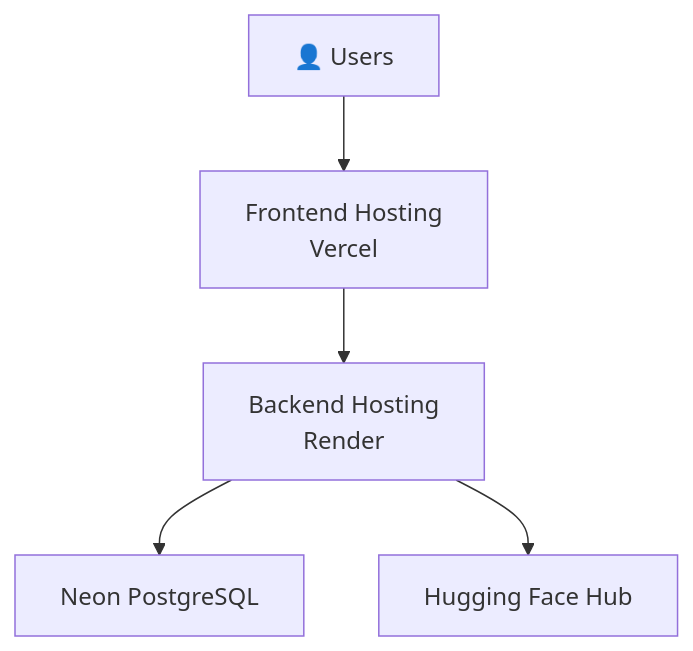
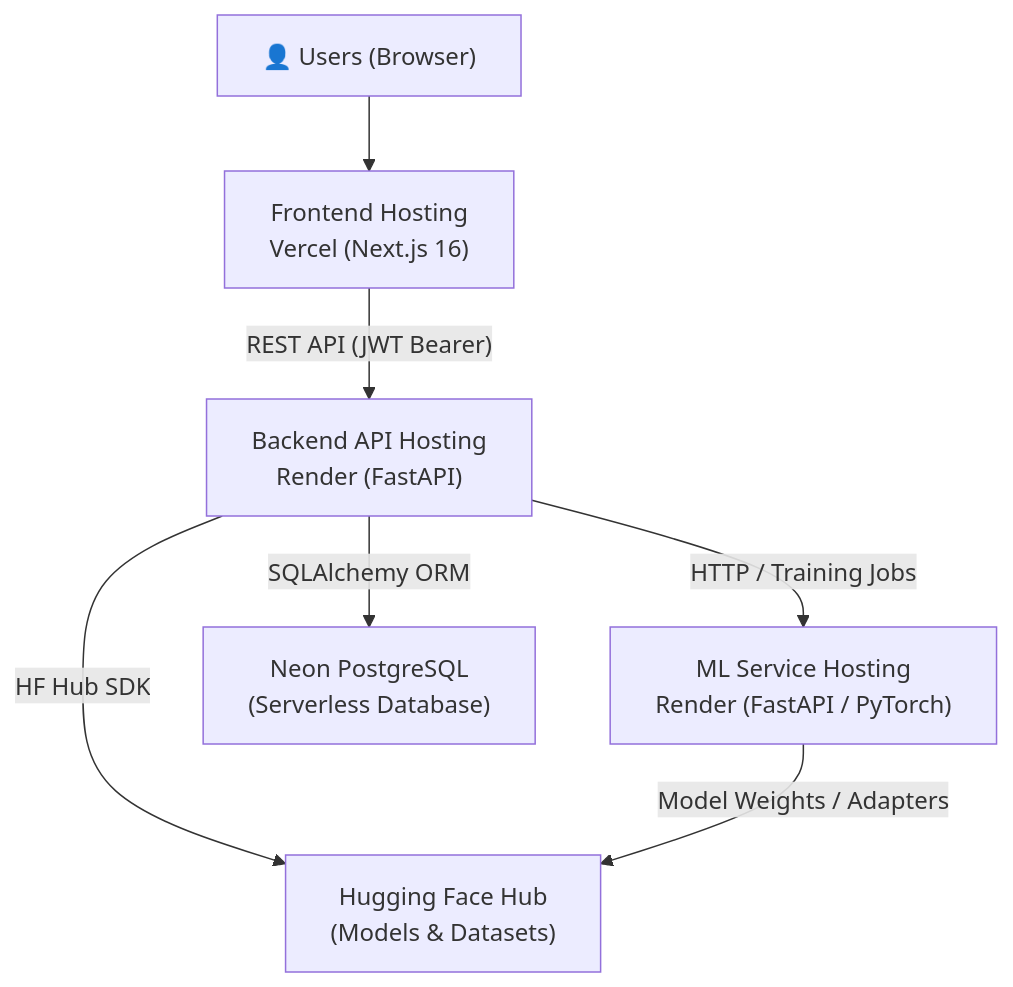
The eighth of 8 diagrams in README.md (ankush0710/hdfc-custom-llm-dev-pipeline), drawn with Mermaid before and after one commit. The commit also changed other lines of this file and 6 other files, not shown here.

Commit message:
docs: update architecture, deployment, CORS, and API specifications to reflect current implementation

````diff
--- a/README.md
+++ b/README.md
@@ -800,21 +800,22 @@
 ```mermaid
 flowchart TB
 
-    User["👤 Users"]
+    User["👤 Users (Browser)"]
 
-    Vercel["Frontend Hosting<br/>Vercel"]
+    Vercel["Frontend Hosting<br/>Vercel (Next.js 16)"]
 
-    Render["Backend Hosting<br/>Render"]
+    RenderBackend["Backend API Hosting<br/>Render (FastAPI)"]
 
-    Neon["Neon PostgreSQL"]
+    RenderML["ML Service Hosting<br/>Render (FastAPI / PyTorch)"]
 
-    HF["Hugging Face Hub"]
+    Neon["Neon PostgreSQL<br/>(Serverless Database)"]
+
+    HF["Hugging Face Hub<br/>(Models & Datasets)"]
 
     User --> Vercel
-
-    Vercel --> Render
-
-    Render --> Neon
-
-    Render --> HF
+    Vercel -->|"REST API (JWT Bearer)"| RenderBackend
+    RenderBackend -->|"SQLAlchemy ORM"| Neon
+    RenderBackend -->|"HTTP / Training Jobs"| RenderML
+    RenderBackend -->|"HF Hub SDK"| HF
+    RenderML -->|"Model Weights / Adapters"| HF
 ```
````
